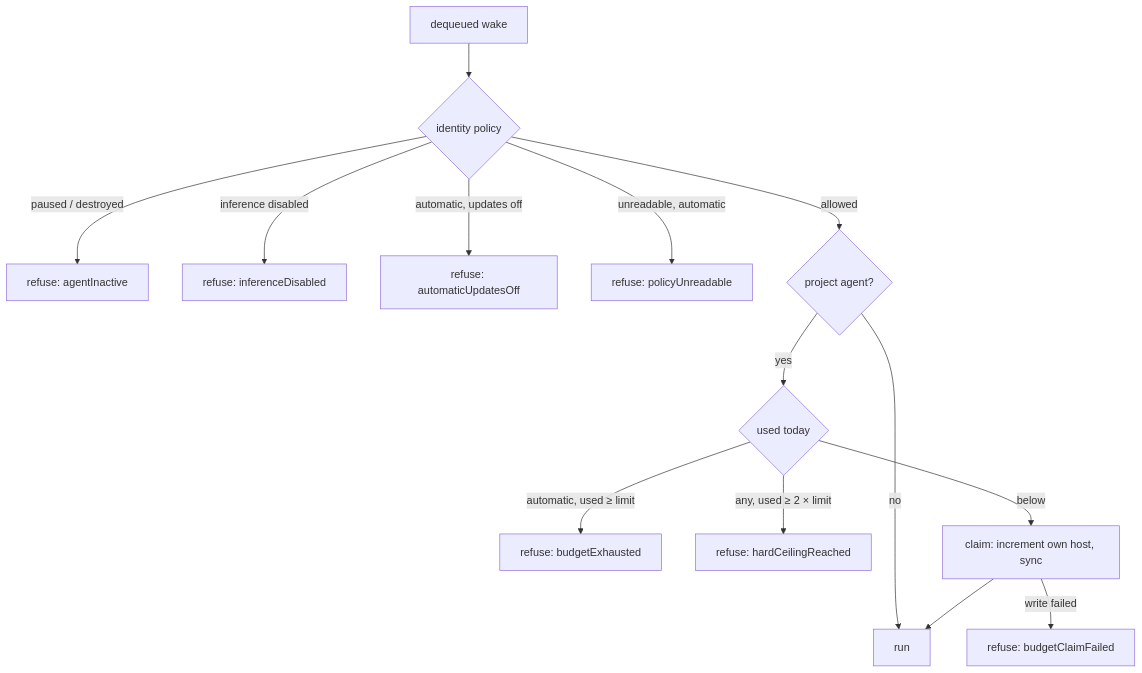
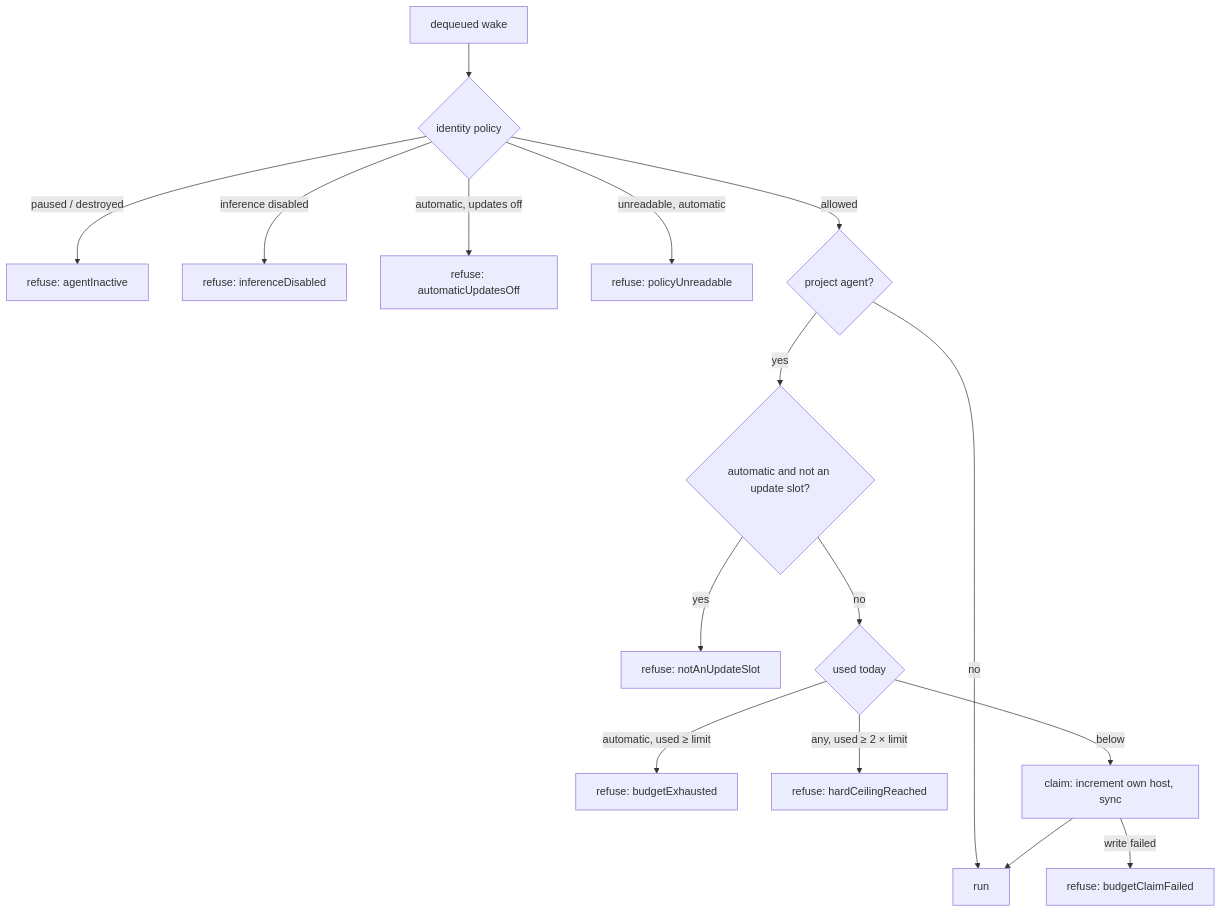
Before and after one commit to matthiasn/lotti: the second of 5 diagrams in knowledge/features/agents/wake-orchestration.md, drawn with Mermaid. The commit also changed other lines of this file and 9 other files, not shown here.

````diff
--- a/knowledge/features/agents/wake-orchestration.md
+++ b/knowledge/features/agents/wake-orchestration.md
@@ -404,16 +390,18 @@
 ```mermaid
 flowchart TD
   Job["dequeued wake"] --> Identity{"identity policy"}
   Identity -->|"paused / destroyed"| Inactive["refuse: agentInactive"]
   Identity -->|"inference disabled"| Disabled["refuse: inferenceDisabled"]
   Identity -->|"automatic, updates off"| Off["refuse: automaticUpdatesOff"]
   Identity -->|"unreadable, automatic"| Unreadable["refuse: policyUnreadable"]
   Identity -->|"allowed"| Kind{"project agent?"}
   Kind -->|"no"| Run["run"]
-  Kind -->|"yes"| Used{"used today"}
+  Kind -->|"yes"| Slot{"automatic and not an update slot?"}
+  Slot -->|"yes"| NotSlot["refuse: notAnUpdateSlot"]
+  Slot -->|"no"| Used{"used today"}
   Used -->|"automatic, used ≥ limit"| Exhausted["refuse: budgetExhausted"]
   Used -->|"any, used ≥ 2 × limit"| Ceiling["refuse: hardCeilingReached"]
   Used -->|"below"| Claim["claim: increment own host, sync"]
   Claim -->|"write failed"| ClaimFailed["refuse: budgetClaimFailed"]
   Claim --> Run
 ```
````
